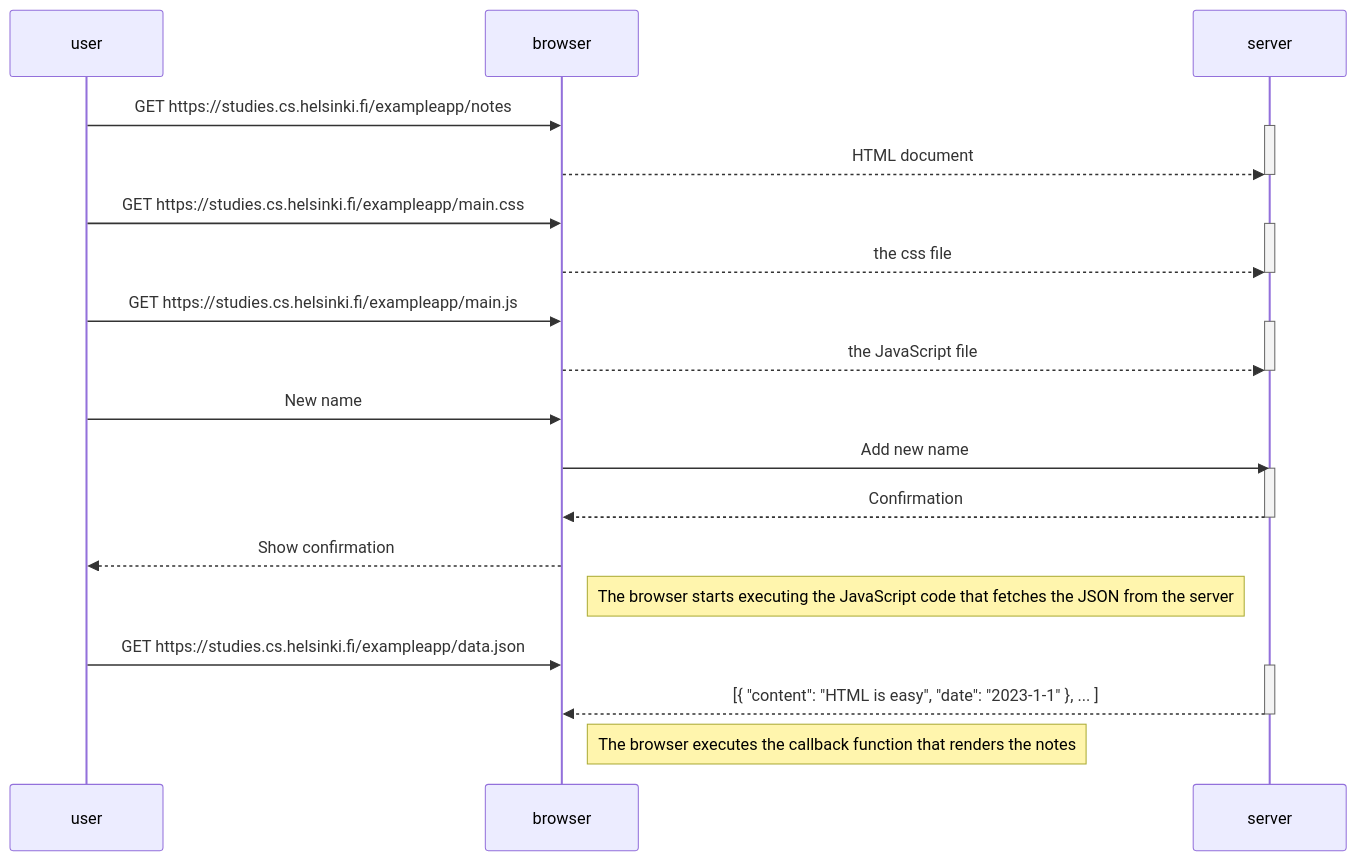
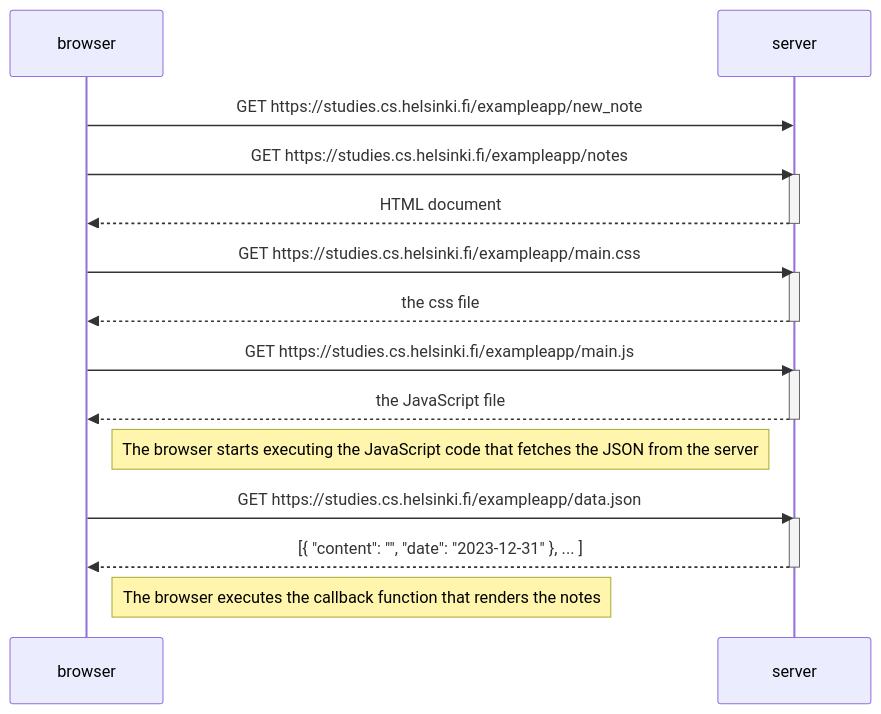
One commit to JakubJus/Fullstack changed the diagram in part0/newNoteDiagram/sequenceDiagram.mmd. Above: the diagram before and after it, drawn with Mermaid.

```diff
--- a/part0/newNoteDiagram/sequenceDiagram.mmd
+++ b/part0/newNoteDiagram/sequenceDiagram.mmd
@@ -1,35 +1,28 @@
 sequenceDiagram
-  participant user
-  participant browser
-  participant server
+    participant browser
+    participant server
 
-  user->>browser: GET https://studies.cs.helsinki.fi/exampleapp/notes
-  activate server
-  browser-->>server: HTML document
-  deactivate server
+    browser->>server: GET https://studies.cs.helsinki.fi/exampleapp/new_note
+    browser->>server: GET https://studies.cs.helsinki.fi/exampleapp/notes
+    activate server
+    server-->>browser: HTML document
+    deactivate server
 
-  user->>browser: GET https://studies.cs.helsinki.fi/exampleapp/main.css
-  activate server
-  browser-->>server: the css file
-  deactivate server
+    browser->>server: GET https://studies.cs.helsinki.fi/exampleapp/main.css
+    activate server
+    server-->>browser: the css file
+    deactivate server
 
-  user->>browser: GET https://studies.cs.helsinki.fi/exampleapp/main.js
-  activate server
-  browser-->>server: the JavaScript file
-  deactivate server
+    browser->>server: GET https://studies.cs.helsinki.fi/exampleapp/main.js
+    activate server
+    server-->>browser: the JavaScript file
+    deactivate server
 
-  user->>browser: New name
-  browser->>server: Add new name
-  activate server
-  server-->>browser: Confirmation
-  deactivate server
-  browser-->>user: Show confirmation
+    Note right of browser: The browser starts executing the JavaScript code that fetches the JSON from the server
 
-  Note right of browser: The browser starts executing the JavaScript code that fetches the JSON from the server
+    browser->>server: GET https://studies.cs.helsinki.fi/exampleapp/data.json
+    activate server
+    server-->>browser: [{ "content": "", "date": "2023-12-31" }, ... ]
+    deactivate server
 
-  user->>browser: GET https://studies.cs.helsinki.fi/exampleapp/data.json
-  activate server
-  server-->>browser: [{ "content": "HTML is easy", "date": "2023-1-1" }, ... ]
-  deactivate server
-
-  Note right of browser: The browser executes the callback function that renders the notes
+    Note right of browser: The browser executes the callback function that renders the notes
```
